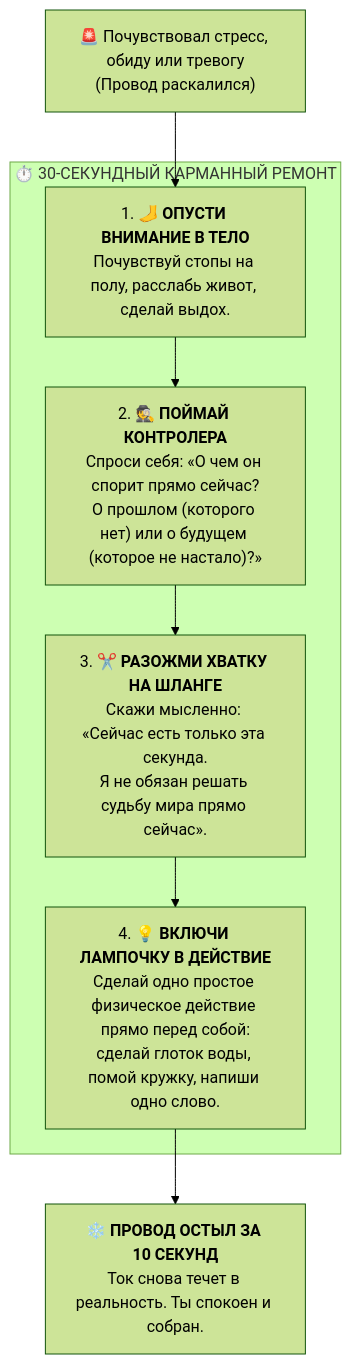
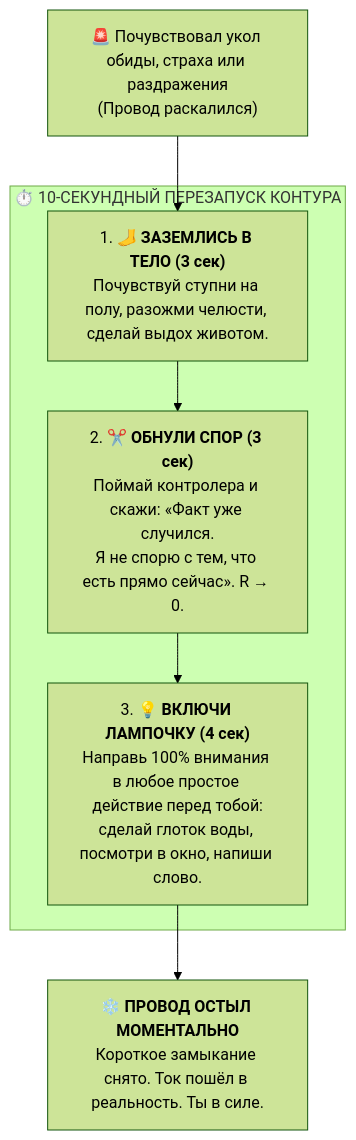
The third of 3 diagrams in wiki/Inner Current (Feynman Primer — Happiness Architecture in Plain Words for the Unprepared Reader).md (vsanyanov-ux/inner-current), drawn with Mermaid (forest theme) before and after one commit. The commit also changed other lines of this file, not shown here.

````diff
--- a/wiki/Inner Current (Feynman Primer — Happiness Architecture in Plain Words for the Unprepared Reader).md
+++ b/wiki/Inner Current (Feynman Primer — Happiness Architecture in Plain Words for the Unprepared Reader).md
@@ -217,13 +257,12 @@
 ```mermaid
 flowchart TD
-    Start["🚨 Почувствовал стресс, обиду или тревогу<br/>(Провод раскалился)"] --> Step1
+    Alarm["🚨 Почувствовал укол обиды, страха или раздражения<br/>(Провод раскалился)"] --> S1
     
-    subgraph Protocol ["⏱️ 30-СЕКУНДНЫЙ КАРМАННЫЙ РЕМОНТ"]
-        Step1["1. 🦶 <b>ОПУСТИ ВНИМАНИЕ В ТЕЛО</b><br/>Почувствуй стопы на полу, расслабь живот, сделай выдох."]
-        Step1 --> Step2["2. 🕵️ <b>ПОЙМАЙ КОНТРОЛЕРА</b><br/>Спроси себя: «О чем он спорит прямо сейчас?<br/>О прошлом (которого нет) или о будущем (которое не настало)?»"]
-        Step2 --> Step3["3. ✂️ <b>РАЗОЖМИ ХВАТКУ НА ШЛАНГЕ</b><br/>Скажи мысленно: «Сейчас есть только эта секунда.<br/>Я не обязан решать судьбу мира прямо сейчас»."]
-        Step3 --> Step4["4. 💡 <b>ВКЛЮЧИ ЛАМПОЧКУ В ДЕЙСТВИЕ</b><br/>Сделай одно простое физическое действие прямо перед собой:<br/>сделай глоток воды, помой кружку, напиши одно слово."]
+    subgraph Protocol ["⏱️ 10-СЕКУНДНЫЙ ПЕРЕЗАПУСК КОНТУРА"]
+        S1["1. 🦶 <b>ЗАЗЕМЛИСЬ В ТЕЛО (3 сек)</b><br/>Почувствуй ступни на полу, разожми челюсти, сделай выдох животом."]
+        S1 --> S2["2. ✂️ <b>ОБНУЛИ СПОР (3 сек)</b><br/>Поймай контролера и скажи: «Факт уже случился.<br/>Я не спорю с тем, что есть прямо сейчас». R → 0."]
+        S2 --> S3["3. 💡 <b>ВКЛЮЧИ ЛАМПОЧКУ (4 сек)</b><br/>Направь 100% внимания в любое простое действие перед тобой:<br/>сделай глоток воды, посмотри в окно, напиши слово."]
     end
     
-    Step4 --> Result["❄️ <b>ПРОВОД ОСТЫЛ ЗА 10 СЕКУНД</b><br/>Ток снова течет в реальность. Ты спокоен и собран."]
+    S3 --> Win["❄️ <b>ПРОВОД ОСТЫЛ МОМЕНТАЛЬНО</b><br/>Короткое замыкание снято. Ток пошёл в реальность. Ты в силе."]
 ```
````
